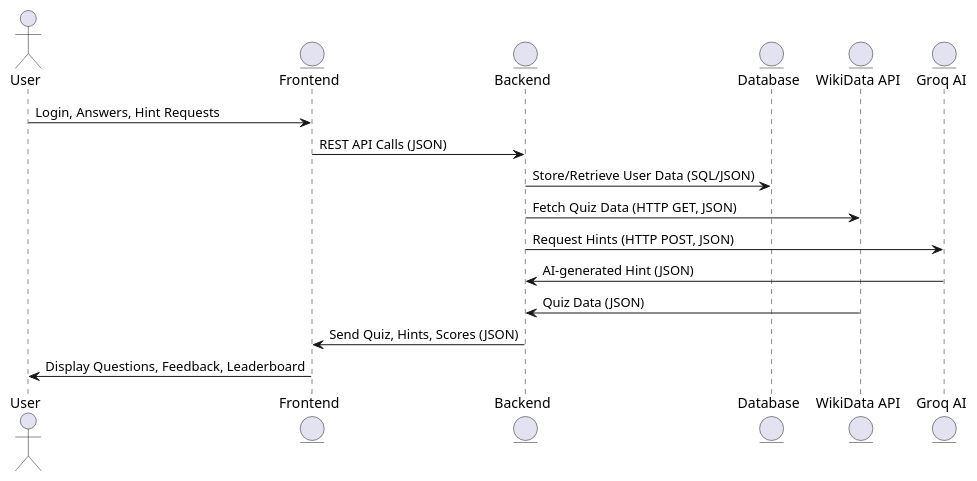
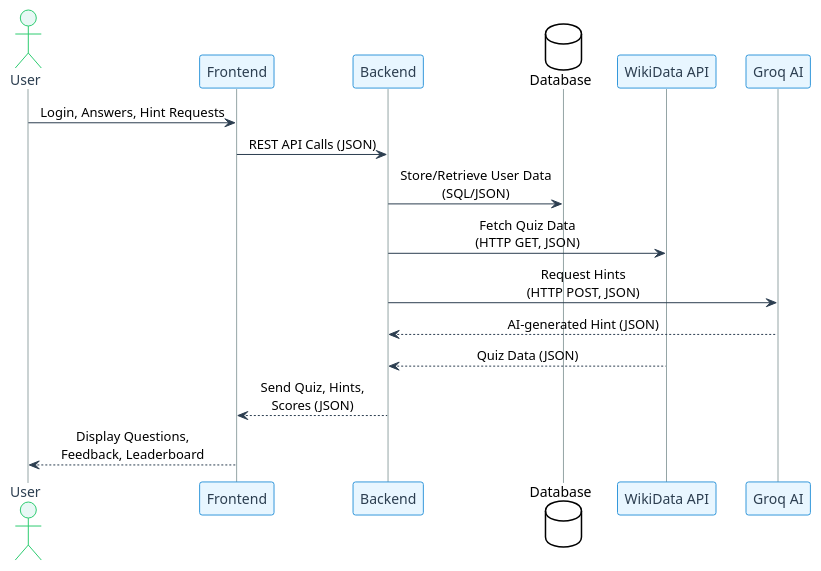
One commit to Arquisoft/wichat_en2b changed the second of 2 diagrams in docs/src/03_context_and_scope.adoc. Above: the diagram before and after it, drawn with PlantUML. The commit also changed other lines of this file, not shown here.

Commit message:
Diagram prototypes for 3. Context and scope

```diff
--- a/docs/src/03_context_and_scope.adoc
+++ b/docs/src/03_context_and_scope.adoc
@@ -72,21 +90,47 @@
 [plantuml]
 ----
 @startuml
+!theme plain
+skinparam BackgroundColor transparent
+skinparam sequenceMessageAlign center
+
+' Custom styles
+skinparam sequence {
+    ArrowColor #2C3E50
+    LifeLineBorderColor #95A5A6
+    LifeLineBackgroundColor #ECF0F1
+    
+    ParticipantBorderColor #3498DB
+    ParticipantBackgroundColor #E8F6FF
+    ParticipantFontColor #2C3E50
+    ParticipantFontSize 14
+    
+    ActorBorderColor #2ECC71
+    ActorBackgroundColor #E8F8F5
+    ActorFontColor #2C3E50
+    ActorFontSize 14
+    
+    DatabaseBorderColor #9B59B6
+    DatabaseBackgroundColor #F4ECF7
+}
+
 actor User
-entity Frontend
-entity Backend
-entity "Database" as DB
-entity "WikiData API" as WikiData
-entity "Groq AI" as AI
+participant "Frontend" as Frontend
+participant "Backend" as Backend
+database "Database" as DB
+participant "WikiData API" as WikiData
+participant "Groq AI" as AI
 
 User -> Frontend : Login, Answers, Hint Requests
 Frontend -> Backend : REST API Calls (JSON)
-Backend -> DB : Store/Retrieve User Data (SQL/JSON)
-Backend -> WikiData : Fetch Quiz Data (HTTP GET, JSON)
-Backend -> AI : Request Hints (HTTP POST, JSON)
-AI -> Backend : AI-generated Hint (JSON)
-WikiData -> Backend : Quiz Data (JSON)
-Backend -> Frontend : Send Quiz, Hints, Scores (JSON)
-Frontend -> User : Display Questions, Feedback, Leaderboard
+
+Backend -> DB : Store/Retrieve User Data\n(SQL/JSON)
+Backend -> WikiData : Fetch Quiz Data\n(HTTP GET, JSON)
+Backend -> AI : Request Hints\n(HTTP POST, JSON)
+
+AI --> Backend : AI-generated Hint (JSON)
+WikiData --> Backend : Quiz Data (JSON)
+Backend --> Frontend : Send Quiz, Hints,\nScores (JSON)
+Frontend --> User : Display Questions,\nFeedback, Leaderboard
 @enduml
 ----
```
